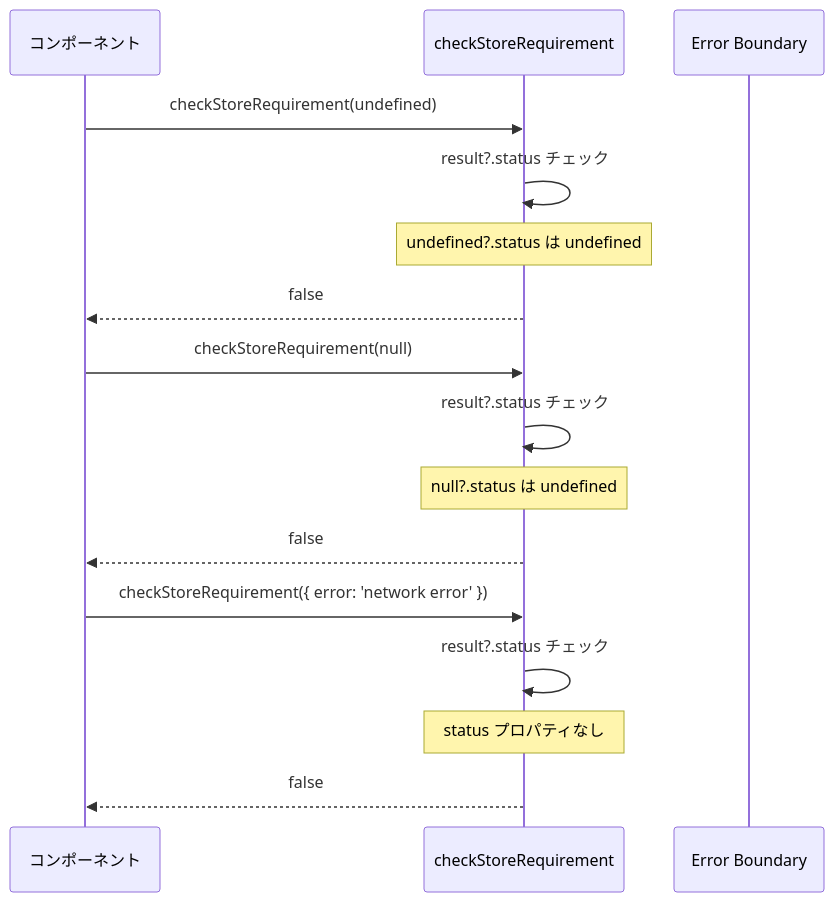
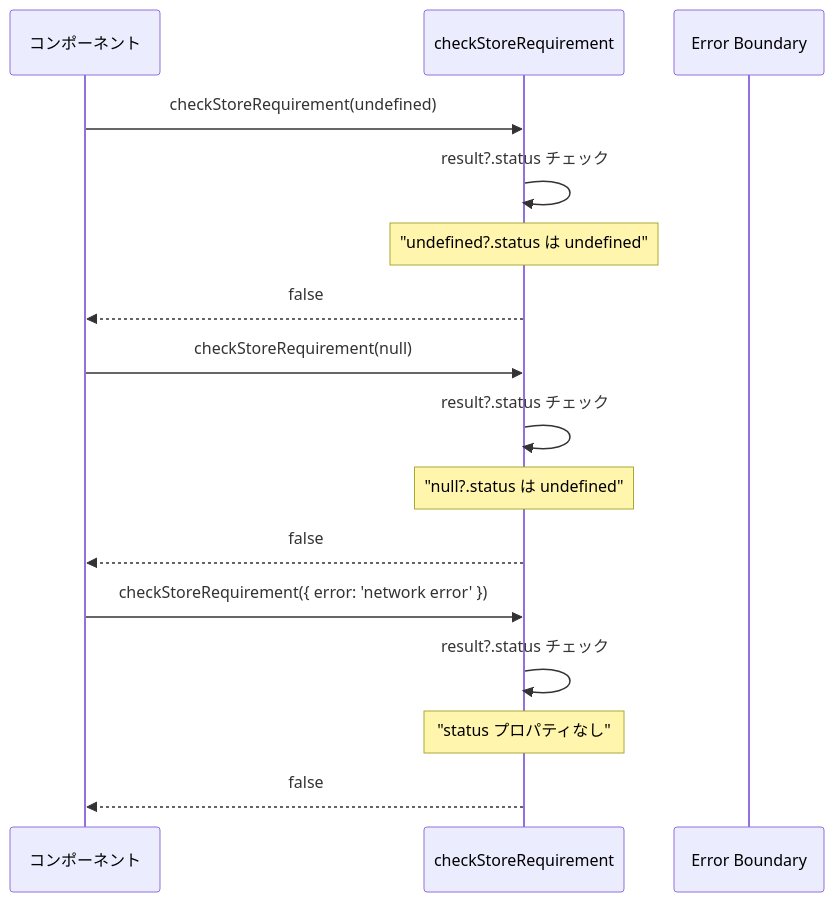
One commit to wasabi49/ocs-systemDevelopmentExercises changed the sixth of 7 diagrams in document/hooks/sequence/useServerActionStoreCheck.md. Above: the diagram before and after it, drawn with Mermaid. The commit also changed other lines of this file and 42 other files, not shown here.

First line of the commit message:
fix: mermaidシーケンス図のNote over文でダブルクォーテーション不足を修正

````diff
--- a/document/hooks/sequence/useServerActionStoreCheck.md
+++ b/document/hooks/sequence/useServerActionStoreCheck.md
@@ -130,21 +130,21 @@
 ```mermaid
 sequenceDiagram
     participant Component as コンポーネント
     participant Hook as checkStoreRequirement
     participant ErrorBoundary as Error Boundary
 
     Component->>Hook: checkStoreRequirement(undefined)
     Hook->>Hook: result?.status チェック
-    Note over Hook: undefined?.status は undefined
+    Note over Hook: "undefined?.status は undefined"
     Hook-->>Component: false
     
     Component->>Hook: checkStoreRequirement(null)
     Hook->>Hook: result?.status チェック
-    Note over Hook: null?.status は undefined
+    Note over Hook: "null?.status は undefined"
     Hook-->>Component: false
     
     Component->>Hook: checkStoreRequirement({ error: 'network error' })
     Hook->>Hook: result?.status チェック
-    Note over Hook: status プロパティなし
+    Note over Hook: "status プロパティなし"
     Hook-->>Component: false
 ```
````
